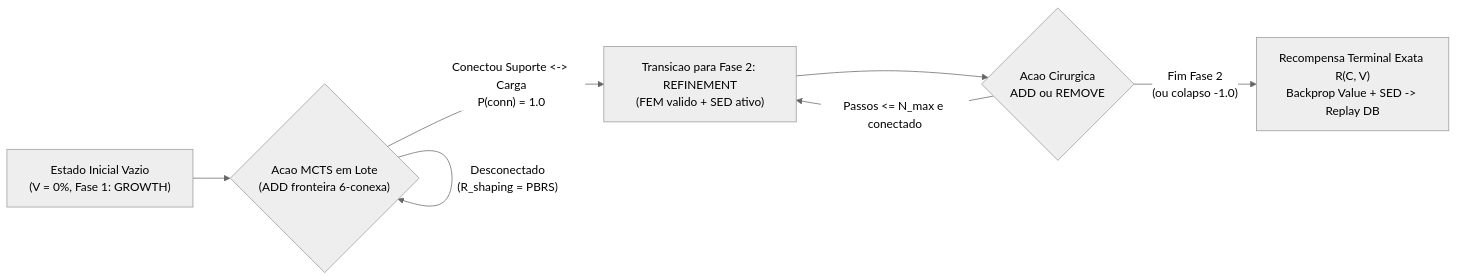
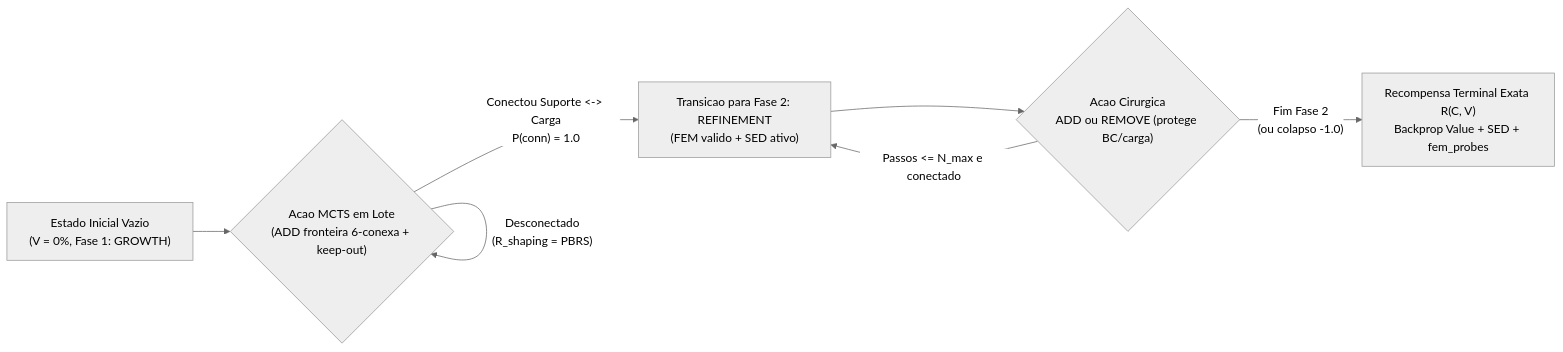
Before and after one commit to gustavomello9600/alphabuild: the diagram in docs/alphabuilder_estudo_completo_e_selfplay.md, drawn with Mermaid (neutral theme). The commit also changed other lines of this file and 10 other files, not shown here.

````diff
--- a/docs/alphabuilder_estudo_completo_e_selfplay.md
+++ b/docs/alphabuilder_estudo_completo_e_selfplay.md
@@ -72,9 +99,9 @@
 ```mermaid
 flowchart LR
-    S0["Estado Inicial Vazio\n(V = 0%, Fase 1: GROWTH)"] --> P1{"Acao MCTS em Lote\n(ADD fronteira 6-conexa)"}
+    S0["Estado Inicial Vazio\n(V = 0%, Fase 1: GROWTH)"] --> P1{"Acao MCTS em Lote\n(ADD fronteira 6-conexa + keep-out)"}
     P1 -->|"Desconectado\n(R_shaping = PBRS)"| P1
     P1 -->|"Conectou Suporte <-> Carga\nP(conn) = 1.0"| P2["Transicao para Fase 2: REFINEMENT\n(FEM valido + SED ativo)"]
-    P2 --> A2{"Acao Cirurgica\nADD ou REMOVE"}
+    P2 --> A2{"Acao Cirurgica\nADD ou REMOVE (protege BC/carga)"}
     A2 -->|"Passos <= N_max e conectado"| P2
-    A2 -->|"Fim Fase 2\n(ou colapso -1.0)"| End["Recompensa Terminal Exata R(C, V)\nBackprop Value + SED -> Replay DB"]
+    A2 -->|"Fim Fase 2\n(ou colapso -1.0)"| End["Recompensa Terminal Exata R(C, V)\nBackprop Value + SED + fem_probes"]
 ```
````
